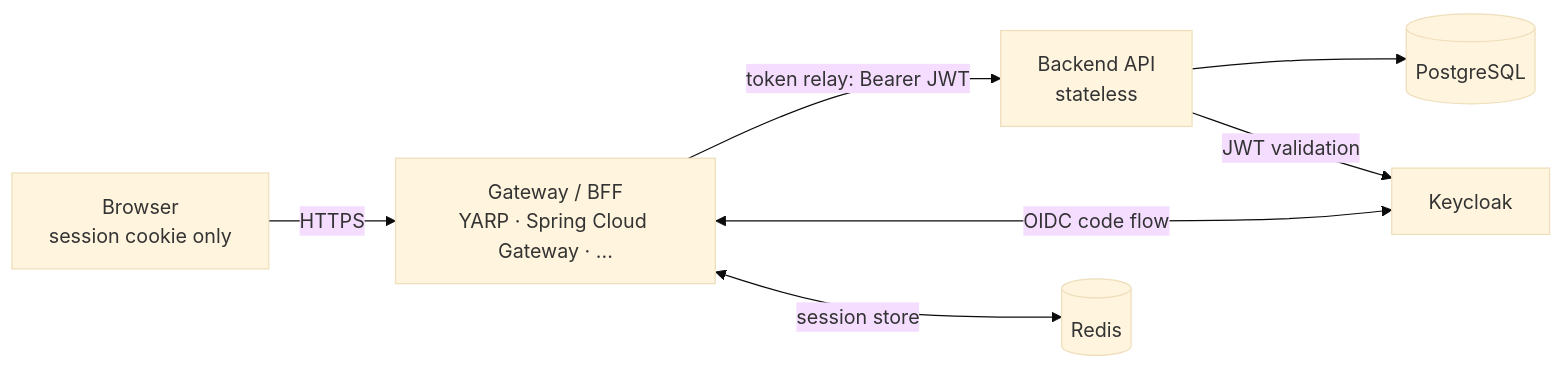
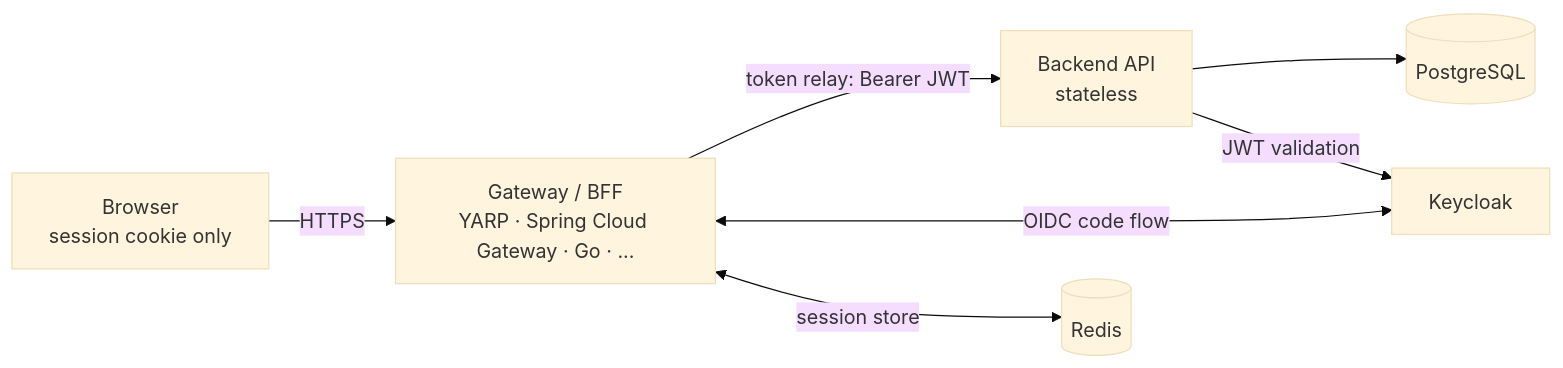
The diagram in README.md (kamkie/stackverse), drawn with Mermaid (base theme) before and after one commit. The commit also changed other lines of this file and 26 other files, not shown here.

````diff
--- a/README.md
+++ b/README.md
@@ -47,9 +47,9 @@
 ```mermaid
 flowchart LR
-    B[Browser<br/>session cookie only] -->|HTTPS| G[Gateway / BFF<br/>YARP · Spring Cloud Gateway · ...]
+    B[Browser<br/>session cookie only] -->|HTTPS| G[Gateway / BFF<br/>YARP · Spring Cloud Gateway · Go · ...]
     G -->|token relay: Bearer JWT| A[Backend API<br/>stateless]
     G <-->|OIDC code flow| K[Keycloak]
     G <-->|session store| R[(Redis)]
     A --> P[(PostgreSQL)]
     A -->|JWT validation| K
 ```
````
